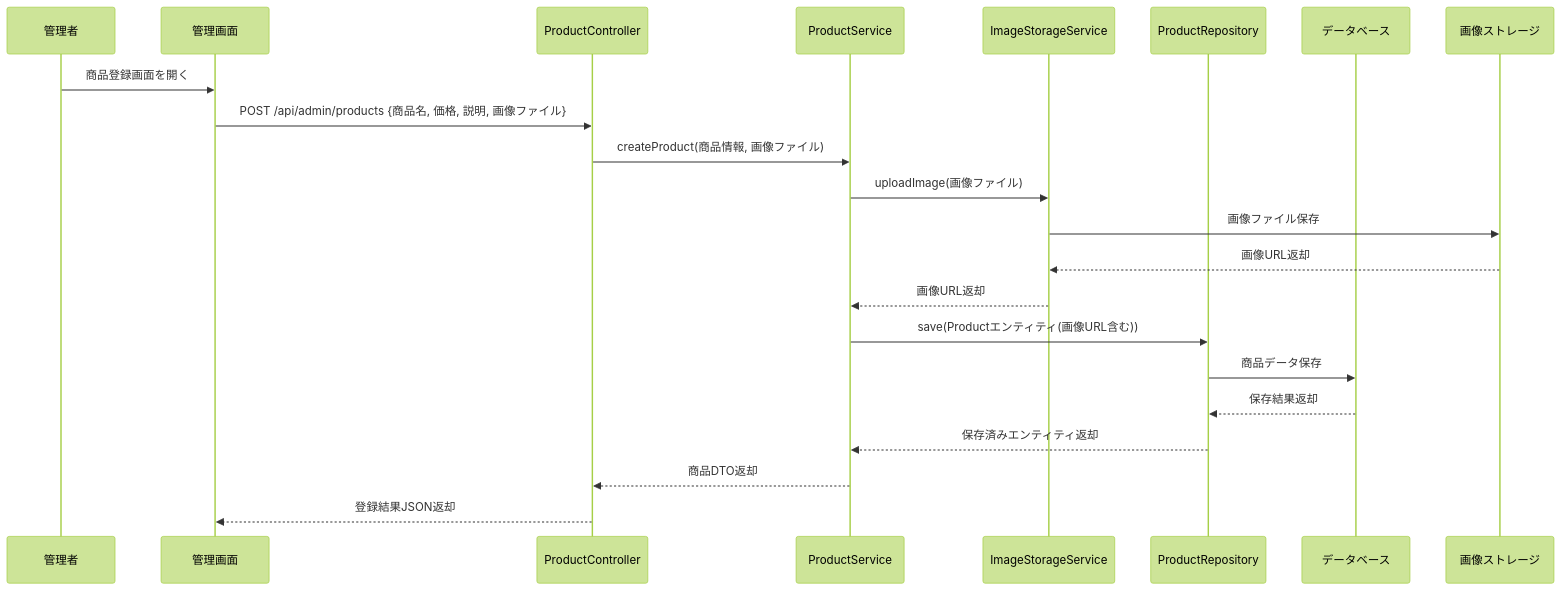
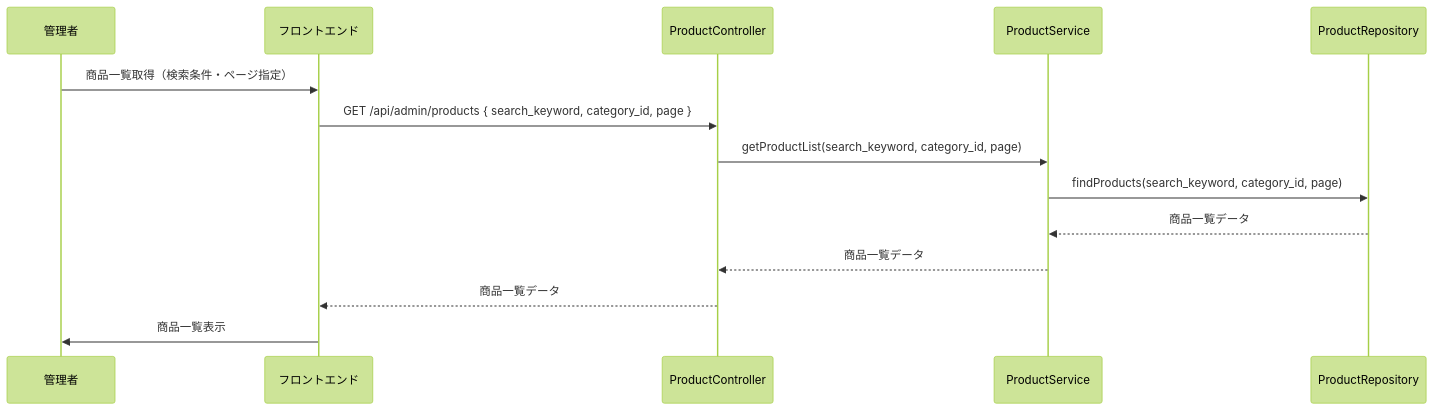
Before and after one commit to Aoi-Yaegashi/teamF: diagram 16 of 39 in 詳細設計/担当B_村田/3.2 機能詳細.md, drawn with Mermaid (forest theme). The commit also changed other lines of this file and 1 other file, not shown here.

```diff
--- a/詳細設計/担当B_村田/3.2 機能詳細.md
+++ b/詳細設計/担当B_村田/3.2 機能詳細.md
@@ -670,25 +669,30 @@
-   <div class="mermaid">
-   sequenceDiagram
-    participant AdminUser as 管理者
-    participant AdminBrowser as 管理画面
-    participant ProductController as ProductController
-    participant ProductService as ProductService
-    participant ImageStorageService as ImageStorageService
-    participant ProductRepo as ProductRepository
-    participant DB as データベース
-    participant Storage as 画像ストレージ
+<div class="mermaid">
+sequenceDiagram
+    participant Admin as 管理者
+    participant FE as フロントエンド
+    participant ProdC as ProductController
+    participant ProdS as ProductService
+    participant ProdRepo as ProductRepository
 
-    AdminUser->>AdminBrowser: 商品登録画面を開く
-    AdminBrowser->>ProductController: POST /api/admin/products {商品名, 価格, 説明, 画像ファイル}
-    ProductController->>ProductService: createProduct(商品情報, 画像ファイル)
-    ProductService->>ImageStorageService: uploadImage(画像ファイル)
-    ImageStorageService->>Storage: 画像ファイル保存
-    Storage-->>ImageStorageService: 画像URL返却
-    ImageStorageService-->>ProductService: 画像URL返却
-    ProductService->>ProductRepo: save(Productエンティティ(画像URL含む))
-    ProductRepo->>DB: 商品データ保存
-    DB-->>ProductRepo: 保存結果返却
-    ProductRepo-->>ProductService: 保存済みエンティティ返却
-    ProductService-->>ProductController: 商品DTO返却
-    ProductController-->>AdminBrowser: 登録結果JSON返却
+    %% 1. 管理者が商品一覧画面を表示
+    Admin->>FE: 商品一覧取得（検索条件・ページ指定）
+
+    %% 2. フロントエンドがAPI呼び出し
+    FE->>ProdC: GET /api/admin/products { search_keyword, category_id, page }
+
+    %% 3. コントローラがサービスに処理を依頼
+    ProdC->>ProdS: getProductList(search_keyword, category_id, page)
+
+    %% 4. サービスがリポジトリに商品一覧を取得
+    ProdS->>ProdRepo: findProducts(search_keyword, category_id, page)
+    ProdRepo-->>ProdS: 商品一覧データ
+
+    %% 5. サービスがコントローラに返却
+    ProdS-->>ProdC: 商品一覧データ
+
+    %% 6. コントローラがフロントエンドに返却
+    ProdC-->>FE: 商品一覧データ
+
+    %% 7. フロントエンドが画面に一覧を表示
+    FE->>Admin: 商品一覧表示
 </div>
```
